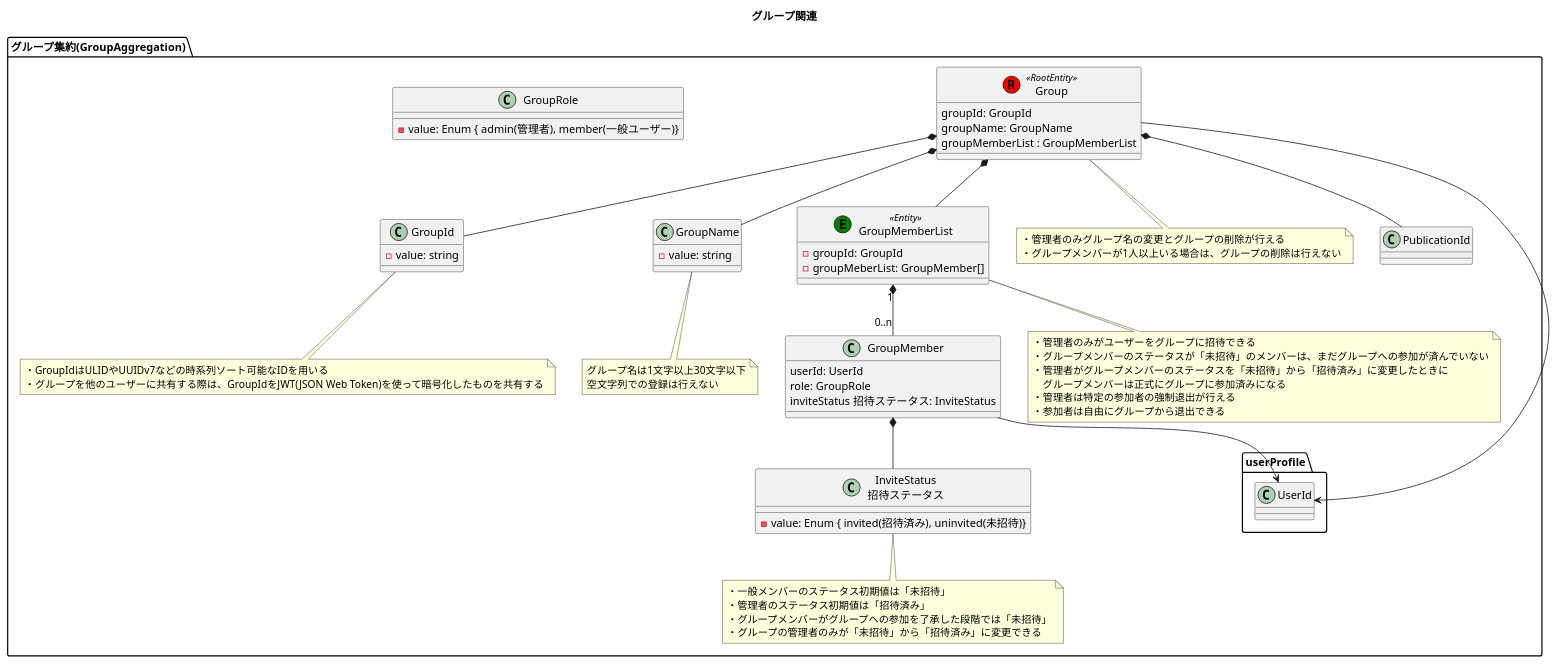
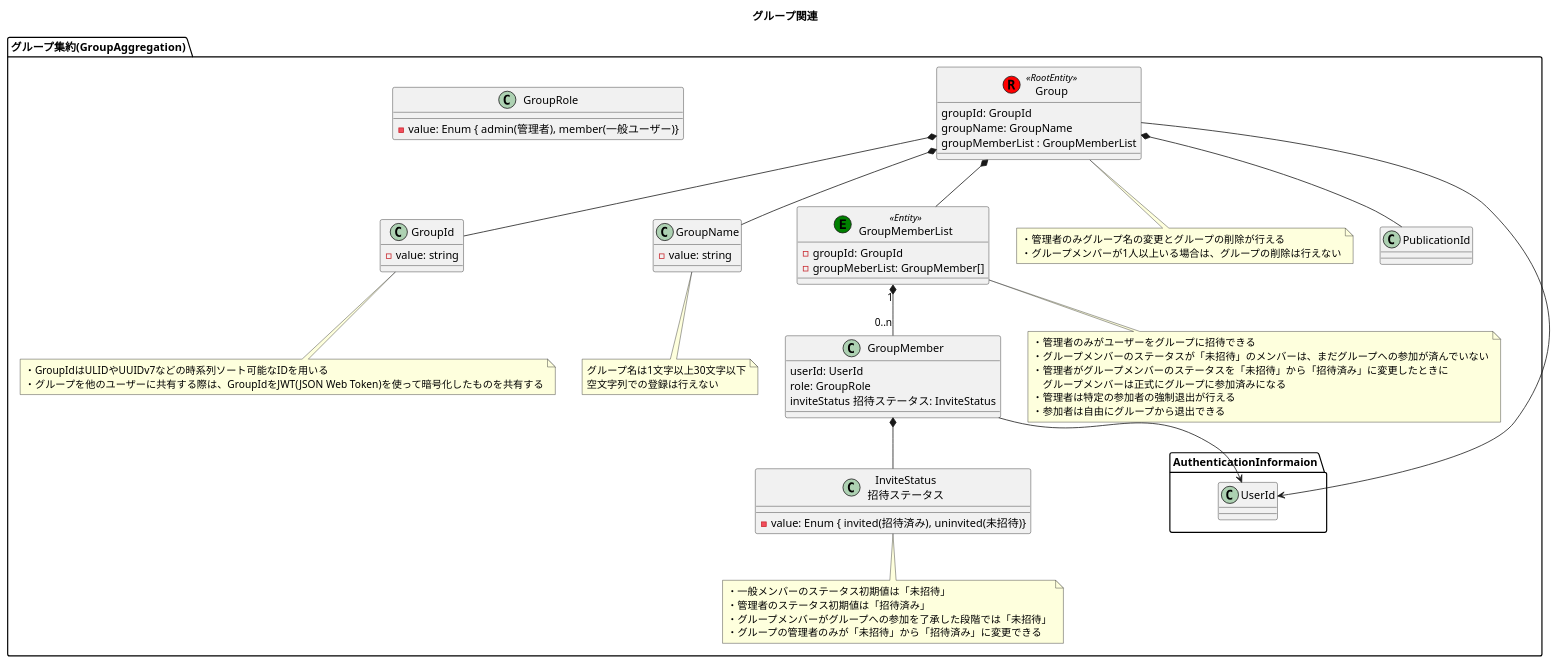
One commit to h-maki2/identityAccess changed the diagram in modelingDiagram/domainModelDiagram/グループ関連.pu. Above: the diagram before and after it, drawn with PlantUML. The commit also changed 37 other files, not shown here.

```diff
--- a/modelingDiagram/domainModelDiagram/グループ関連.pu
+++ b/modelingDiagram/domainModelDiagram/グループ関連.pu
@@ -1,80 +1,80 @@
 @startuml グループ関連
 
 title グループ関連
 
 package "グループ集約(GroupAggregation)" {
     class Group << (R,red) RootEntity >> {
         groupId: GroupId
         groupName: GroupName
         groupMemberList : GroupMemberList
     }
 
     class GroupId {
         - value: string
     }
 
     class GroupName {
         - value: string
     }
 
     class GroupMemberList << (E,green) Entity >> {
         - groupId: GroupId
         - groupMeberList: GroupMember[]
     }
 
     class GroupMember {
         userId: UserId
         role: GroupRole
         inviteStatus 招待ステータス: InviteStatus
     }
 
     class "InviteStatus\n招待ステータス" as InviteStatus {
         - value: Enum { invited(招待済み), uninvited(未招待)}
     }
 
     class GroupRole {
         - value: Enum { admin(管理者), member(一般ユーザー)}
     }
 
     note bottom of Group
         ・管理者のみグループ名の変更とグループの削除が行える
         ・グループメンバーが1人以上いる場合は、グループの削除は行えない
     end note
 
     note bottom of GroupMemberList
         ・管理者のみがユーザーをグループに招待できる
         ・グループメンバーのステータスが「未招待」のメンバーは、まだグループへの参加が済んでいない
         ・管理者がグループメンバーのステータスを「未招待」から「招待済み」に変更したときに
         　グループメンバーは正式にグループに参加済みになる
         ・管理者は特定の参加者の強制退出が行える
         ・参加者は自由にグループから退出できる
     end note
 
     note bottom of GroupName
         グループ名は1文字以上30文字以下
         空文字列での登録は行えない
     end note
 
     note bottom of GroupId
         ・GroupIdはULIDやUUIDv7などの時系列ソート可能なIDを用いる
         ・グループを他のユーザーに共有する際は、GroupIdをJWT(JSON Web Token)を使って暗号化したものを共有する
     end note
 
     note bottom of InviteStatus
         ・一般メンバーのステータス初期値は「未招待」
         ・管理者のステータス初期値は「招待済み」
         ・グループメンバーがグループへの参加を了承した段階では「未招待」
         ・グループの管理者のみが「未招待」から「招待済み」に変更できる
     end note
 
     Group *-down- GroupId
     Group *-down- GroupName
     Group *-down- PublicationId
     Group *-down- GroupMemberList
-    Group -down-> userProfile.UserId
+    Group -down-> AuthenticationInformaion.UserId
     GroupMemberList "1" *-down- "0..n" GroupMember
-    GroupMember -down-> userProfile.UserId
+    GroupMember -down-> AuthenticationInformaion.UserId
     GroupMember *-down- InviteStatus
 }
 
 @enduml
```
